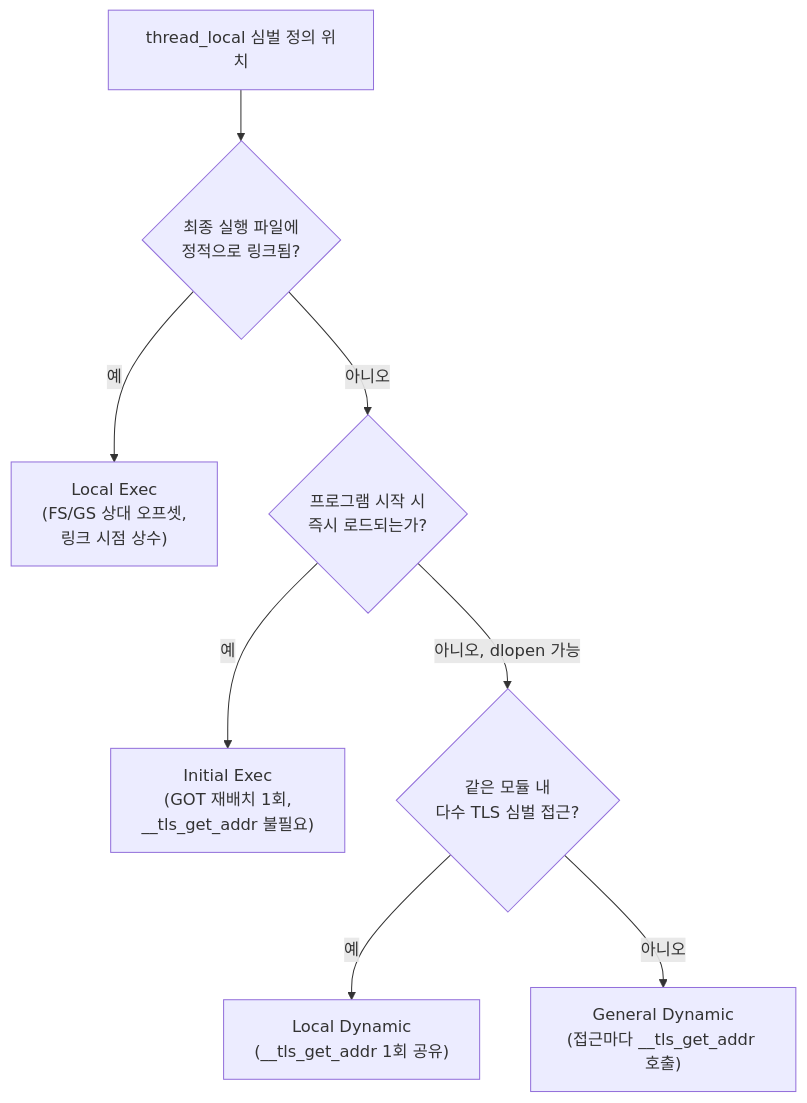
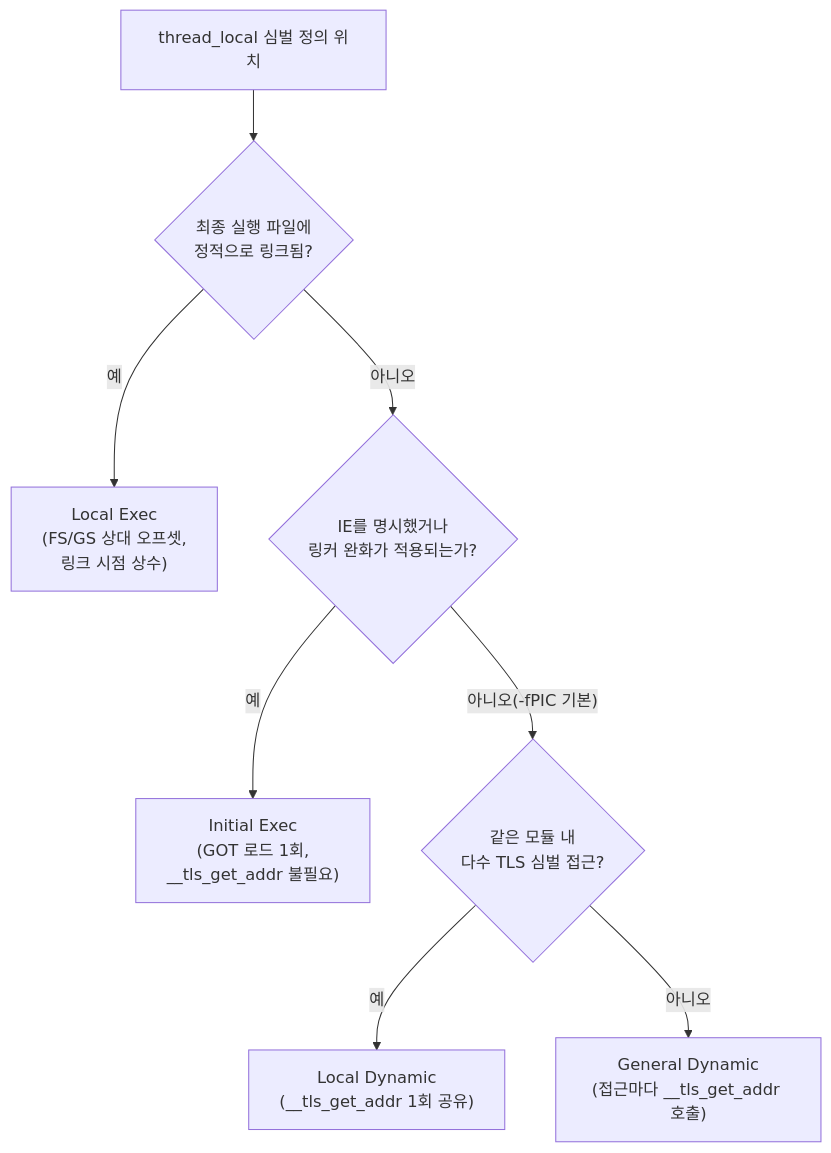
The diagram in content/collection/optimization-07-concurrency/15-thread-local-storage/index.md (42jerrykim/42jerrykim.github.io), drawn with Mermaid before and after one commit. The commit also changed other lines of this file and 1 other file, not shown here.

````diff
--- a/content/collection/optimization-07-concurrency/15-thread-local-storage/index.md
+++ b/content/collection/optimization-07-concurrency/15-thread-local-storage/index.md
@@ -76,10 +70,10 @@
 ```mermaid
 flowchart TD
   start["thread_local 심벌 정의 위치"] --> inExe{"최종 실행 파일에</br>정적으로 링크됨?"}
   inExe -- "예" --> le["Local Exec</br>(FS/GS 상대 오프셋,</br>링크 시점 상수)"]
-  inExe -- "아니오" --> loadedAtStart{"프로그램 시작 시</br>즉시 로드되는가?"}
-  loadedAtStart -- "예" --> ie["Initial Exec</br>(GOT 재배치 1회,</br>__tls_get_addr 불필요)"]
-  loadedAtStart -- "아니오, dlopen 가능" --> multiSym{"같은 모듈 내</br>다수 TLS 심벌 접근?"}
+  inExe -- "아니오" --> loadedAtStart{"IE를 명시했거나</br>링커 완화가 적용되는가?"}
+  loadedAtStart -- "예" --> ie["Initial Exec</br>(GOT 로드 1회,</br>__tls_get_addr 불필요)"]
+  loadedAtStart -- "아니오(-fPIC 기본)" --> multiSym{"같은 모듈 내</br>다수 TLS 심벌 접근?"}
   multiSym -- "예" --> ld["Local Dynamic</br>(__tls_get_addr 1회 공유)"]
   multiSym -- "아니오" --> gd["General Dynamic</br>(접근마다 __tls_get_addr 호출)"]
 ```
````
